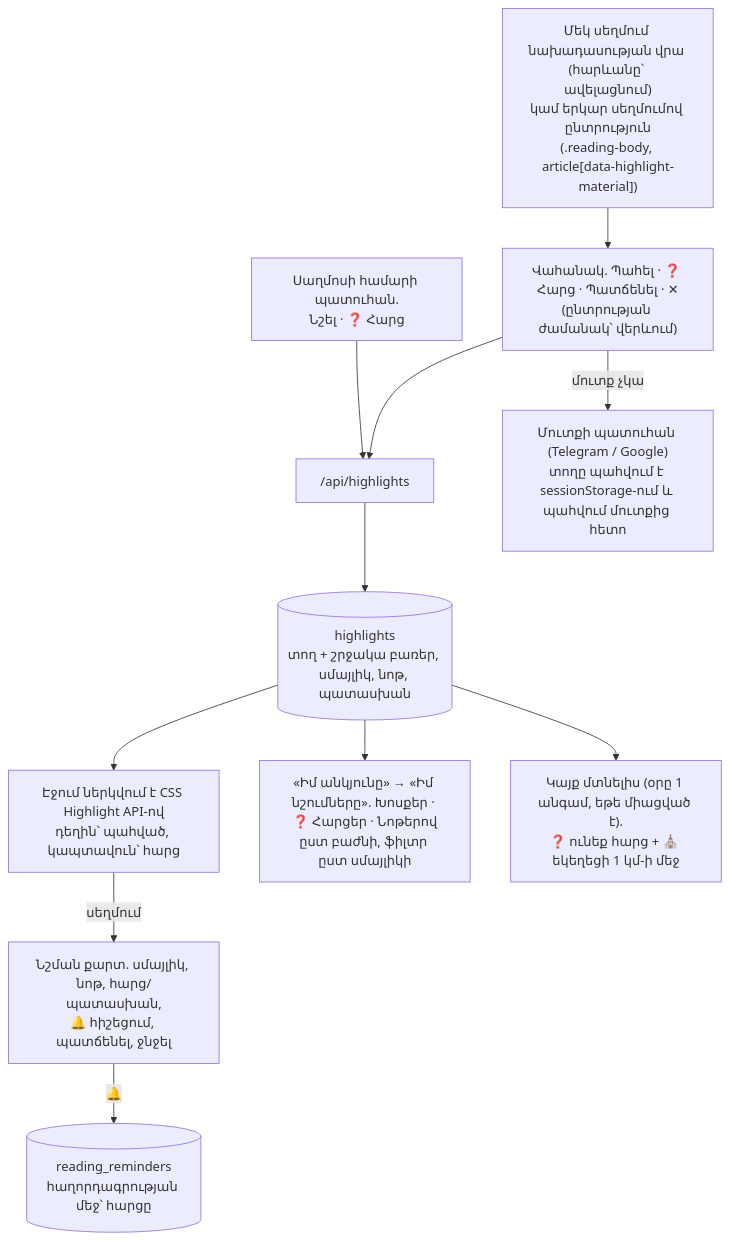
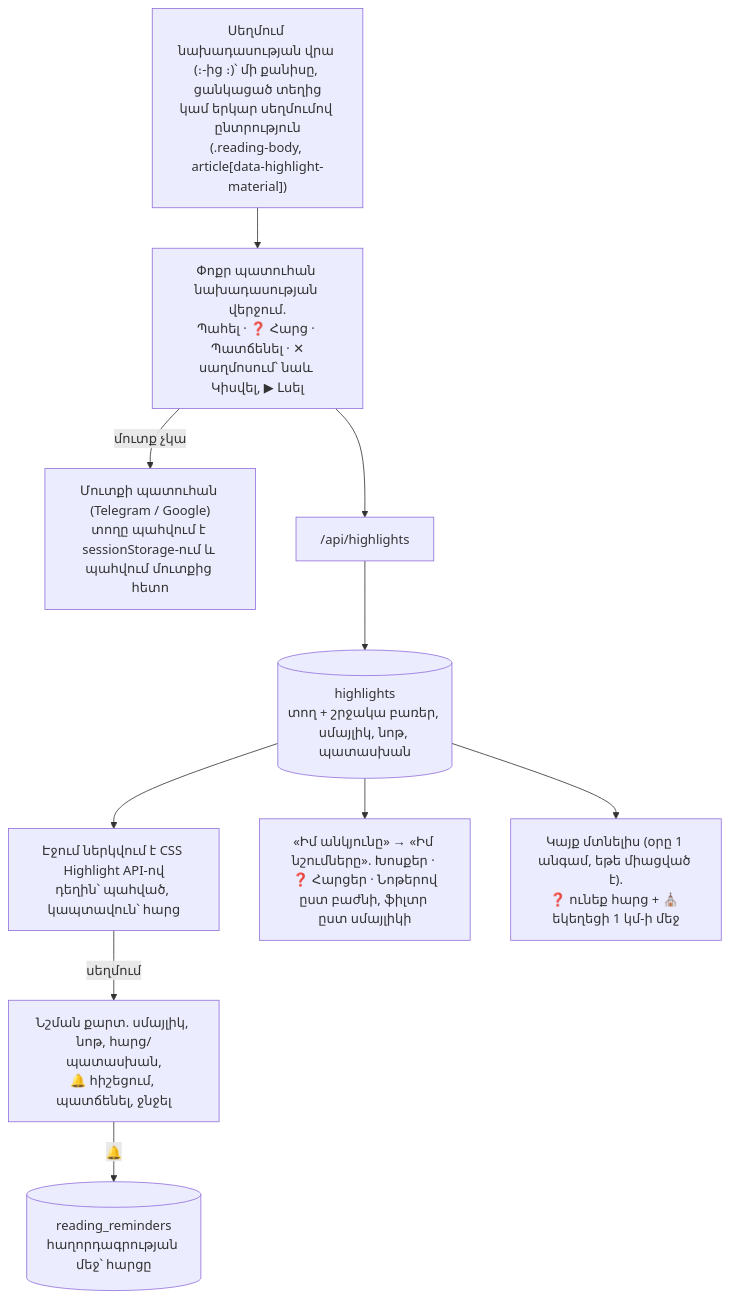
Diagram 14 of 23 in docs/ARCHITECTURE.md (T0n0yan/armenian-apostolic-digital-library), drawn with Mermaid before and after one commit. The commit also changed other lines of this file and 11 other files, not shown here.

First line of the commit message:
Նշումներ. պատուհան նախադասության վերջում, վերջակետից վերջակետ, եկեղեցու քարտ

````diff
--- a/docs/ARCHITECTURE.md
+++ b/docs/ARCHITECTURE.md
@@ -381,12 +381,11 @@
 ```mermaid
 flowchart TD
-  SEL["Մեկ սեղմում նախադասության վրա (հարևանը՝ ավելացնում)<br/>կամ երկար սեղմումով ընտրություն<br/>(.reading-body, article[data-highlight-material])"] --> BAR["Վահանակ. Պահել · ❓ Հարց · Պատճենել · ✕<br/>(ընտրության ժամանակ՝ վերևում)"]
-  VP["Սաղմոսի համարի պատուհան.<br/>Նշել · ❓ Հարց"] --> API
+  SEL["Սեղմում նախադասության վրա (։-ից ։)՝ մի քանիսը, ցանկացած տեղից<br/>կամ երկար սեղմումով ընտրություն<br/>(.reading-body, article[data-highlight-material])"] --> BAR["Փոքր պատուհան նախադասության վերջում.<br/>Պահել · ❓ Հարց · Պատճենել · ✕<br/>սաղմոսում՝ նաև Կիսվել, ▶ Լսել"]
   BAR -->|"մուտք չկա"| SIGN["Մուտքի պատուհան (Telegram / Google)<br/>տողը պահվում է sessionStorage-ում և պահվում մուտքից հետո"]
   BAR --> API["/api/highlights"] --> DB[("highlights<br/>տող + շրջակա բառեր, սմայլիկ, նոթ, պատասխան")]
   DB --> PAINT["Էջում ներկվում է CSS Highlight API-ով<br/>դեղին՝ պահված, կապտավուն՝ հարց"]
   PAINT -->|"սեղմում"| SHEET["Նշման քարտ. սմայլիկ, նոթ, հարց/պատասխան,<br/>🔔 հիշեցում, պատճենել, ջնջել"]
   DB --> NOTES["«Իմ անկյունը» → «Իմ նշումները». Խոսքեր · ❓ Հարցեր · Նոթերով<br/>ըստ բաժնի, ֆիլտր ըստ սմայլիկի"]
   SHEET -->|"🔔"| REM[("reading_reminders<br/>հաղորդագրության մեջ՝ հարցը")]
   DB --> NUDGE["Կայք մտնելիս (օրը 1 անգամ, եթե միացված է).<br/>❓ ունեք հարց + ⛪ եկեղեցի 1 կմ-ի մեջ"]
 ```
````
